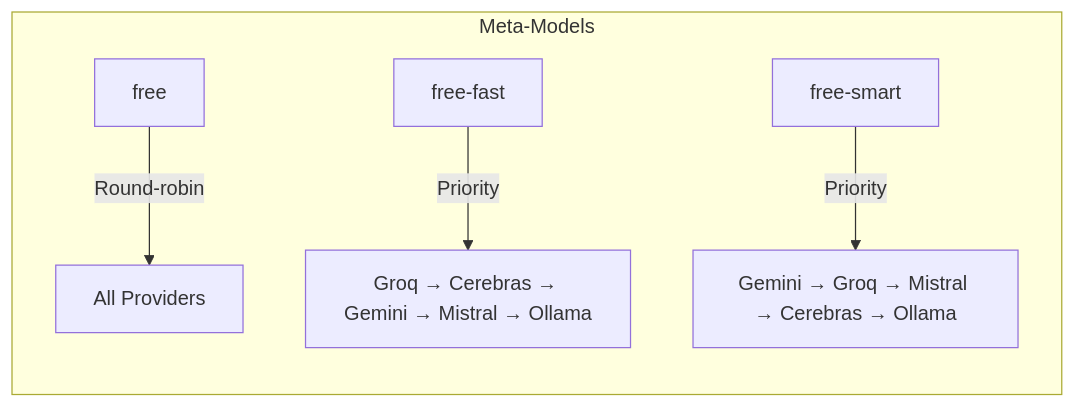
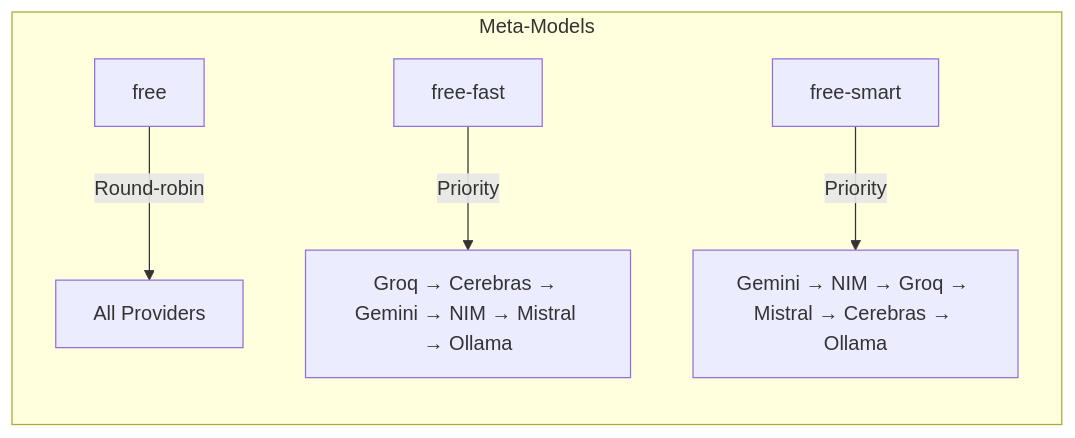
One commit to marcosremar/freellm changed the third of 4 diagrams in README.md. Above: the diagram before and after it, drawn with Mermaid. The commit also changed other lines of this file and 6 other files, not shown here.

````diff
--- a/README.md
+++ b/README.md
@@ -248,8 +256,8 @@
 ```mermaid
 flowchart LR
     subgraph Meta-Models
         Free[free] -->|Round-robin| All[All Providers]
-        Fast[free-fast] -->|Priority| FastOrder[Groq → Cerebras → Gemini → Mistral → Ollama]
-        Smart[free-smart] -->|Priority| SmartOrder[Gemini → Groq → Mistral → Cerebras → Ollama]
+        Fast[free-fast] -->|Priority| FastOrder[Groq → Cerebras → Gemini → NIM → Mistral → Ollama]
+        Smart[free-smart] -->|Priority| SmartOrder[Gemini → NIM → Groq → Mistral → Cerebras → Ollama]
     end
 ```
````
